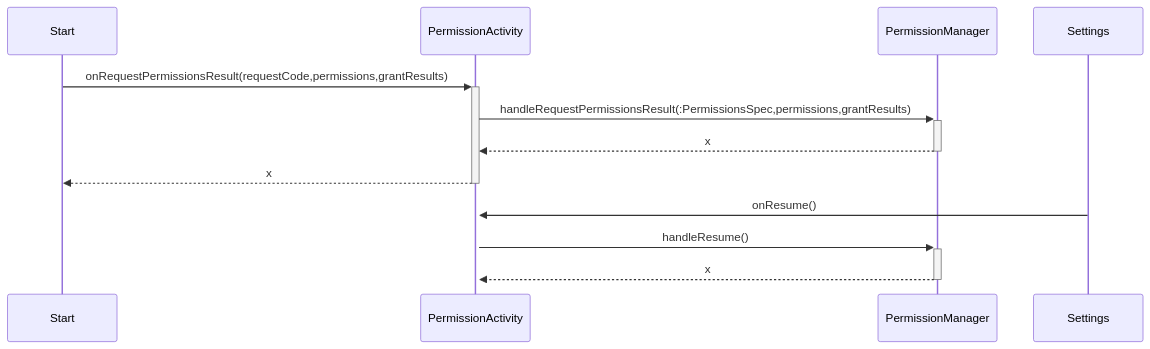
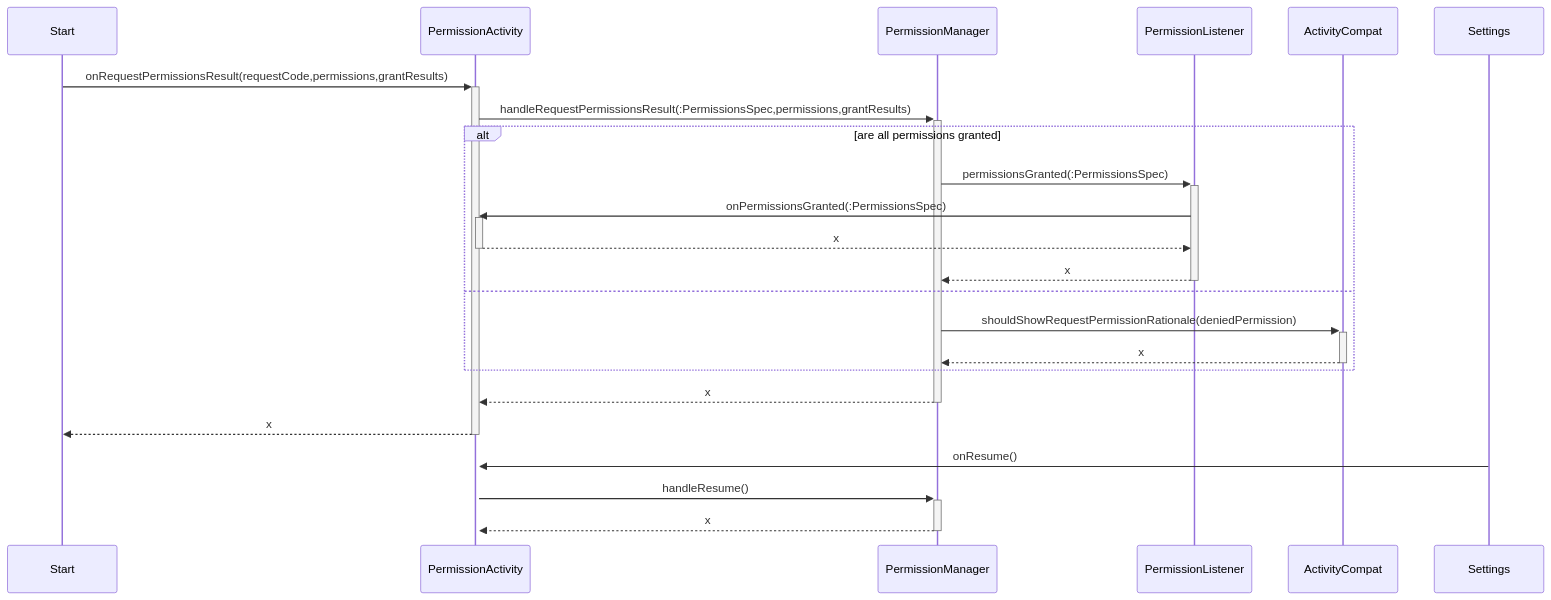
One commit to mjureczko/maly-poszukiwacz-skarbow changed the diagram in development.mmd. Above: the diagram before and after it, drawn with Mermaid.

```diff
--- a/development.mmd
+++ b/development.mmd
@@ -1,8 +1,17 @@
 sequenceDiagram
     Start ->>+ PermissionActivity: onRequestPermissionsResult(requestCode,permissions,grantResults)
     PermissionActivity ->>+ PermissionManager: handleRequestPermissionsResult(:PermissionsSpec,permissions,grantResults)
+    alt are all permissions granted
+        PermissionManager ->>+ PermissionListener: permissionsGranted(:PermissionsSpec)
+        PermissionListener ->>+ PermissionActivity: onPermissionsGranted(:PermissionsSpec)
+        PermissionActivity -->>- PermissionListener: x
+        PermissionListener -->>- PermissionManager: x
+    else
+        PermissionManager ->>+ ActivityCompat: shouldShowRequestPermissionRationale(deniedPermission)
+        ActivityCompat -->>- PermissionManager: x
+    end
     PermissionManager -->>- PermissionActivity: x
     PermissionActivity -->>- Start: x
     Settings ->>+ PermissionActivity: onResume()
     PermissionActivity ->>+ PermissionManager: handleResume()
     PermissionManager -->>- PermissionActivity: x
```
